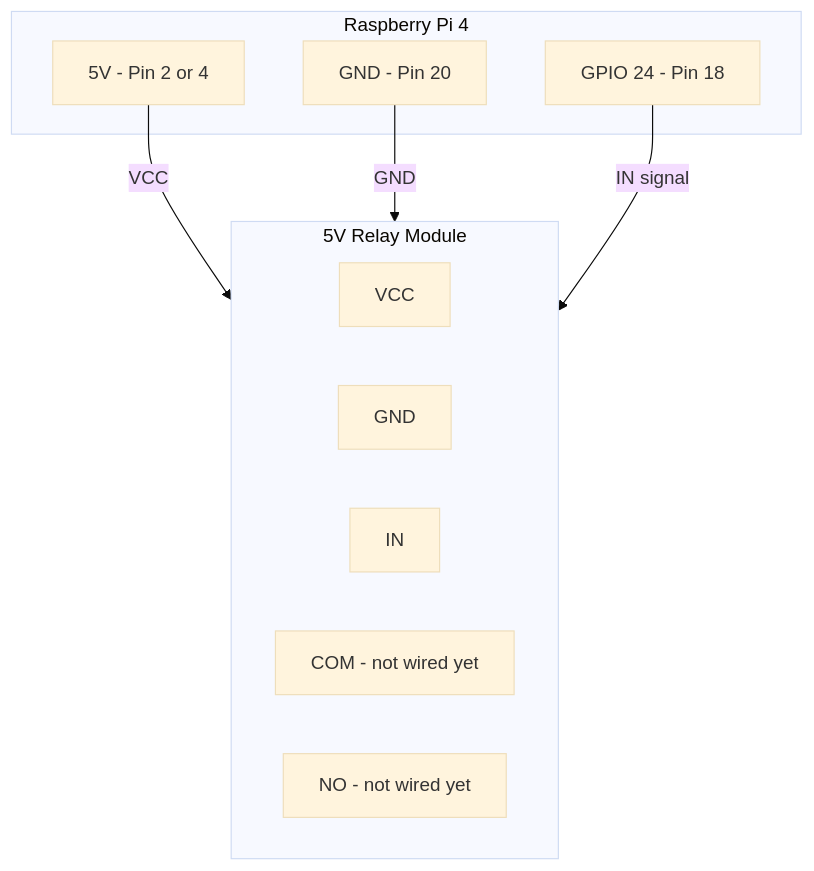
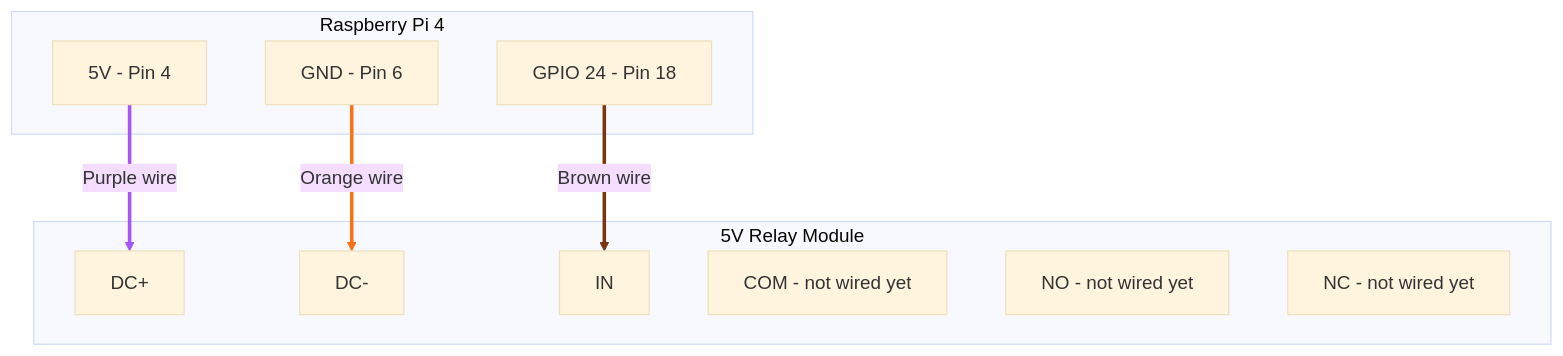
One commit to rbarman/rc-car changed the diagram in milestones/7_vinegar_sprayer/1_relay_test/diagram.md. Above: the diagram before and after it, drawn with Mermaid (base theme).

Commit message:
update diagram with wiring color

````diff
--- a/milestones/7_vinegar_sprayer/1_relay_test/diagram.md
+++ b/milestones/7_vinegar_sprayer/1_relay_test/diagram.md
@@ -1,20 +1,25 @@
 ```mermaid
 graph TD
     subgraph Pi [Raspberry Pi 4]
-        FiveV[5V - Pin 2 or 4]
-        PiGND[GND - Pin 20]
+        FiveV[5V - Pin 4]
+        PiGND[GND - Pin 6]
         GPIO24[GPIO 24 - Pin 18]
     end
 
-    FiveV -->|VCC| Relay
-    PiGND -->|GND| Relay
-    GPIO24 -->|IN signal| Relay
+    FiveV -->|"Purple wire"| DCplus
+    PiGND -->|"Orange wire"| DCminus
+    GPIO24 -->|"Brown wire"| IN
 
     subgraph Relay [5V Relay Module]
-        VCC
-        GND
-        IN
+        DCplus[DC+]
+        DCminus[DC-]
+        IN[IN]
         COM[COM - not wired yet]
         NO[NO - not wired yet]
+        NC[NC - not wired yet]
     end
+
+    linkStyle 0 stroke:#a855f7,stroke-width:3px
+    linkStyle 1 stroke:#f97316,stroke-width:3px
+    linkStyle 2 stroke:#78350f,stroke-width:3px
 ```
````
